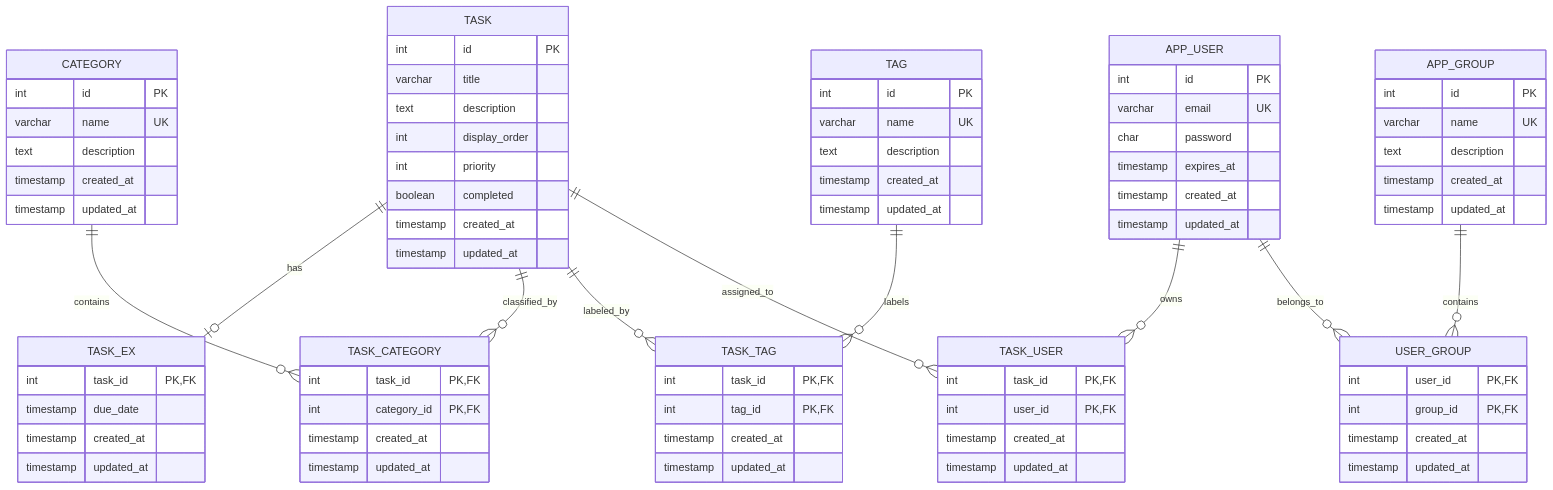
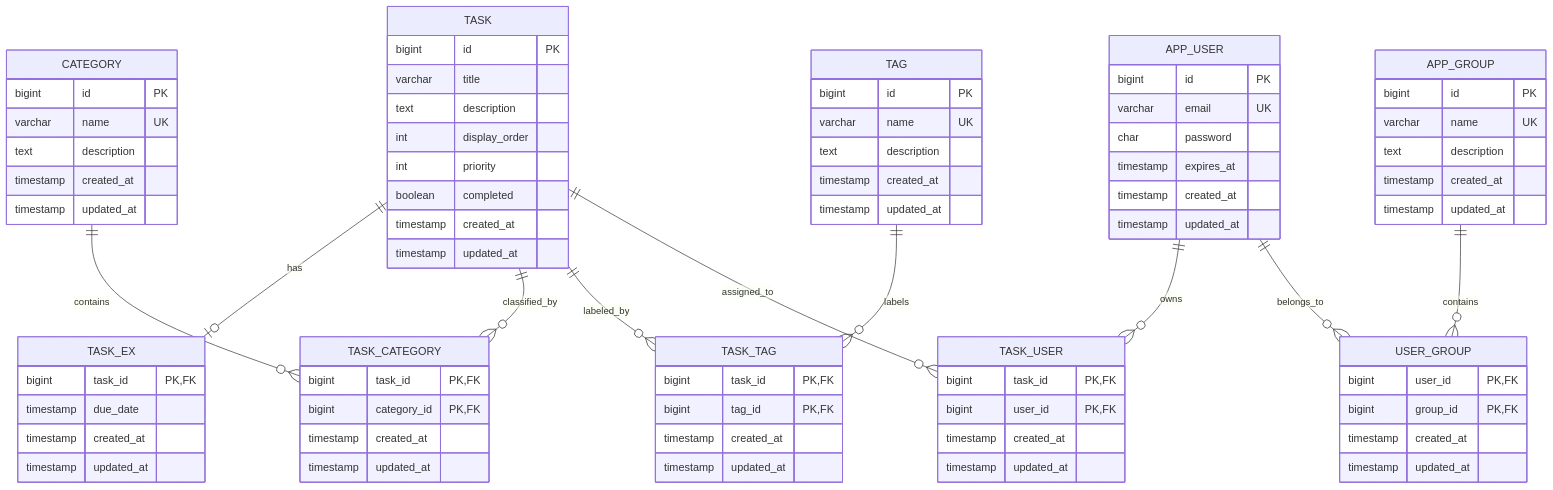
Before and after one commit to sky21yoshi/todolist: the first of 2 diagrams in backend-structure-and-endpoints.md, drawn with Mermaid. The commit also changed other lines of this file and 11 other files, not shown here.

````diff
--- a/backend-structure-and-endpoints.md
+++ b/backend-structure-and-endpoints.md
@@ -123,7 +123,7 @@
 ```mermaid
 erDiagram
   TASK {
-    int id PK
+    bigint id PK
     varchar title
     text description
     int display_order
@@ -134,14 +134,14 @@
   }
 
   TASK_EX {
-    int task_id PK, FK
+    bigint task_id PK, FK
     timestamp due_date
     timestamp created_at
     timestamp updated_at
   }
 
   CATEGORY {
-    int id PK
+    bigint id PK
     varchar name UK
     text description
     timestamp created_at
@@ -149,7 +149,7 @@
   }
 
   TAG {
-    int id PK
+    bigint id PK
     varchar name UK
     text description
     timestamp created_at
@@ -157,7 +157,7 @@
   }
 
   APP_USER {
-    int id PK
+    bigint id PK
     varchar email UK
     char password
     timestamp expires_at
@@ -166,7 +166,7 @@
   }
 
   APP_GROUP {
-    int id PK
+    bigint id PK
     varchar name UK
     text description
     timestamp created_at
@@ -174,29 +174,29 @@
   }
 
   TASK_CATEGORY {
-    int task_id PK, FK
-    int category_id PK, FK
+    bigint task_id PK, FK
+    bigint category_id PK, FK
     timestamp created_at
     timestamp updated_at
   }
 
   TASK_TAG {
-    int task_id PK, FK
-    int tag_id PK, FK
+    bigint task_id PK, FK
+    bigint tag_id PK, FK
     timestamp created_at
     timestamp updated_at
   }
 
   TASK_USER {
-    int task_id PK, FK
-    int user_id PK, FK
+    bigint task_id PK, FK
+    bigint user_id PK, FK
     timestamp created_at
     timestamp updated_at
   }
 
   USER_GROUP {
-    int user_id PK, FK
-    int group_id PK, FK
+    bigint user_id PK, FK
+    bigint group_id PK, FK
     timestamp created_at
     timestamp updated_at
   }
````
